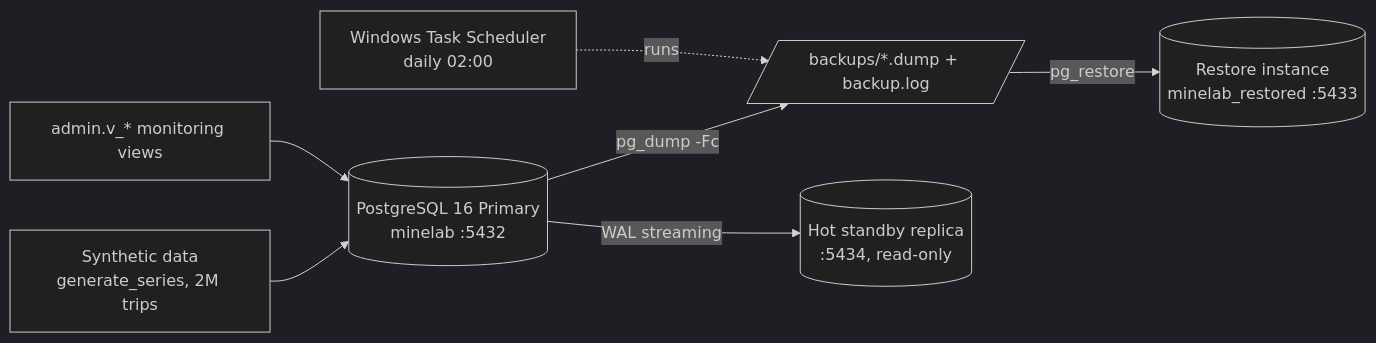
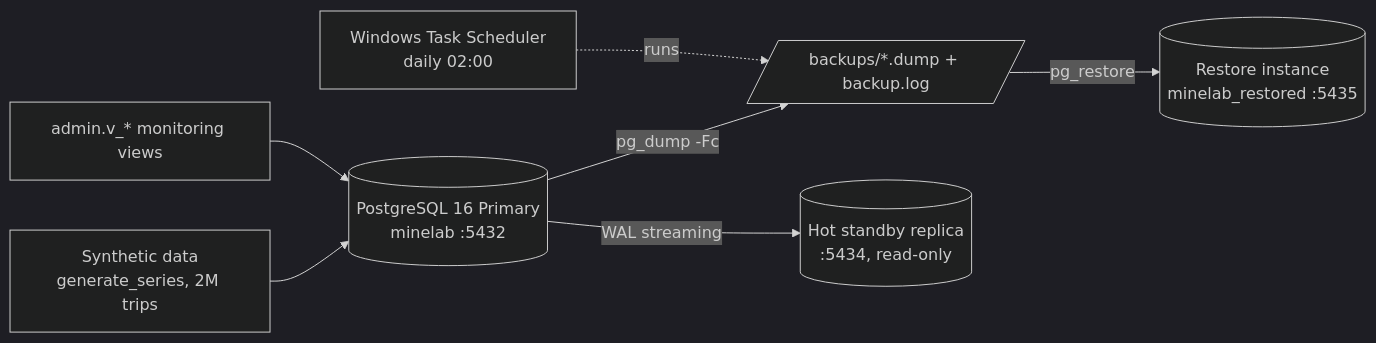
One commit to hanifmulyazam-hub/postgresql-production-dba-lab changed the diagram in README.md. Above: the diagram before and after it, drawn with Mermaid (dark theme). The commit also changed 3 other files, not shown here.

Commit message:
Move restore instance to port 5435 to avoid clash with other local Postgres on 5433

````diff
--- a/README.md
+++ b/README.md
@@ -8,9 +8,9 @@
 ```mermaid
 flowchart LR
   G[Synthetic data<br/>generate_series, 2M trips] --> P[(PostgreSQL 16 Primary<br/>minelab :5432)]
   P -- pg_dump -Fc --> B[/backups/*.dump + backup.log/]
-  B -- pg_restore --> R[(Restore instance<br/>minelab_restored :5433)]
+  B -- pg_restore --> R[(Restore instance<br/>minelab_restored :5435)]
   S[Windows Task Scheduler<br/>daily 02:00] -. runs .-> B
   P -- WAL streaming --> RP[(Hot standby replica<br/>:5434, read-only)]
   M[admin.v_* monitoring views] --> P
 ```
````
